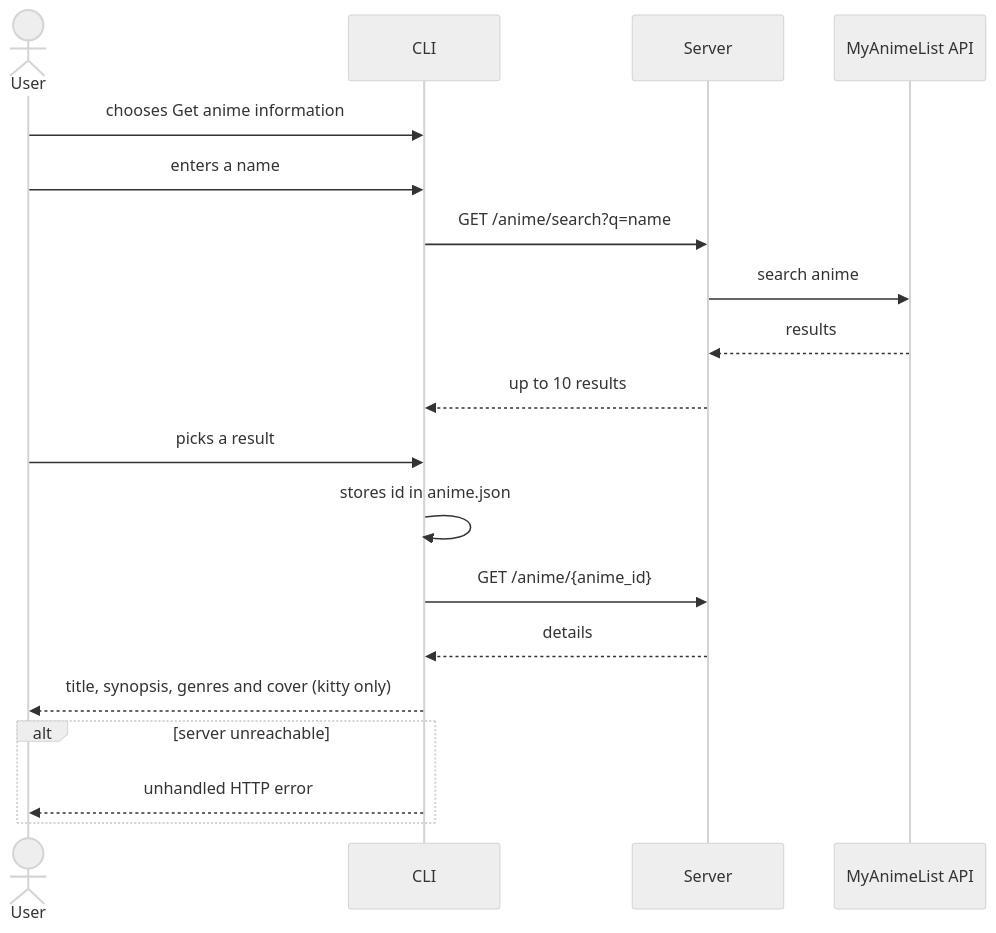
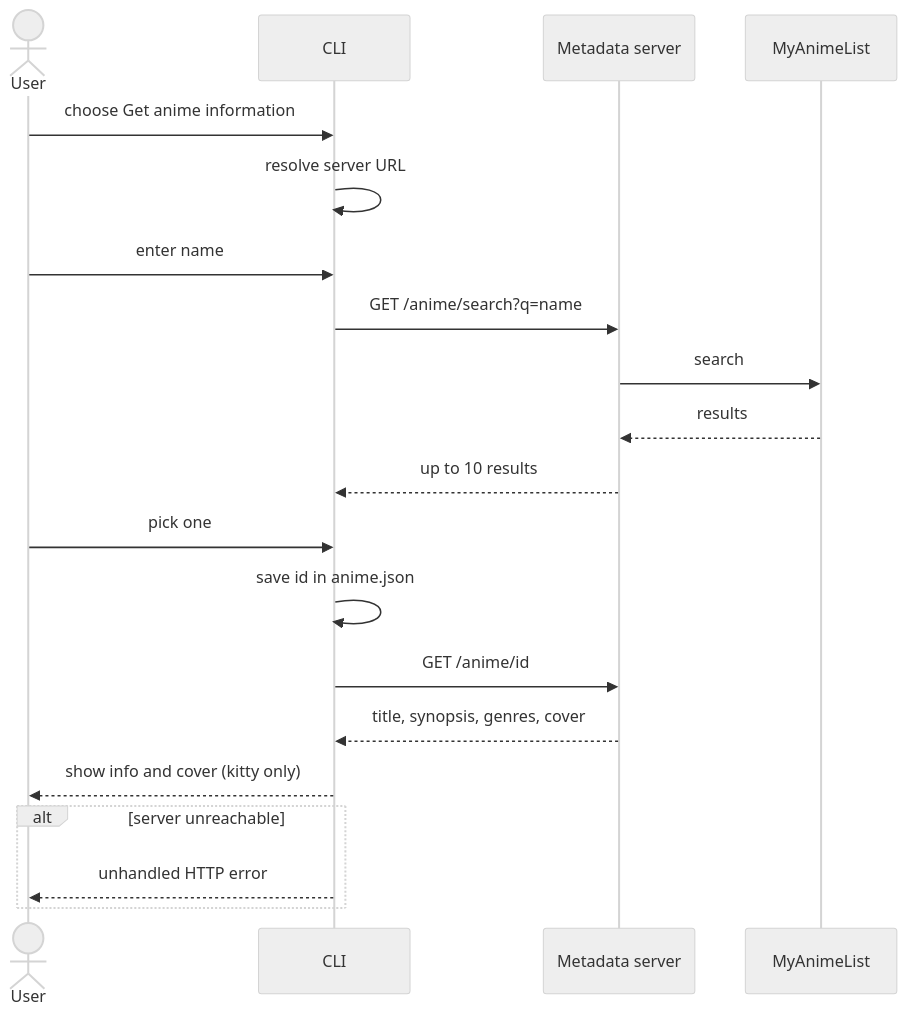
Before and after one commit to jeff841/anime-cli: the second of 2 diagrams in .n45/docs/diagrams/flows.md, drawn with Mermaid. The commit also changed other lines of this file and 19 other files, not shown here.

Commit message:
chore(n45): close roadmap feat-0001-configurable-server-url

````diff
--- a/.n45/docs/diagrams/flows.md
+++ b/.n45/docs/diagrams/flows.md
@@ -30,22 +33,23 @@
 ```mermaid
 %%{init: {'theme': 'neutral'} }%%
 sequenceDiagram
   actor U as User
   participant C as CLI
-  participant S as Server
-  participant M as MyAnimeList API
-  U->>C: chooses Get anime information
-  U->>C: enters a name
+  participant S as Metadata server
+  participant M as MyAnimeList
+  U->>C: choose Get anime information
+  C->>C: resolve server URL
+  U->>C: enter name
   C->>S: GET /anime/search?q=name
-  S->>M: search anime
+  S->>M: search
   M-->>S: results
   S-->>C: up to 10 results
-  U->>C: picks a result
-  C->>C: stores id in anime.json
-  C->>S: GET /anime/{anime_id}
-  S-->>C: details
-  C-->>U: title, synopsis, genres and cover (kitty only)
+  U->>C: pick one
+  C->>C: save id in anime.json
+  C->>S: GET /anime/id
+  S-->>C: title, synopsis, genres, cover
+  C-->>U: show info and cover (kitty only)
   alt server unreachable
     C-->>U: unhandled HTTP error
   end
 ```
````
